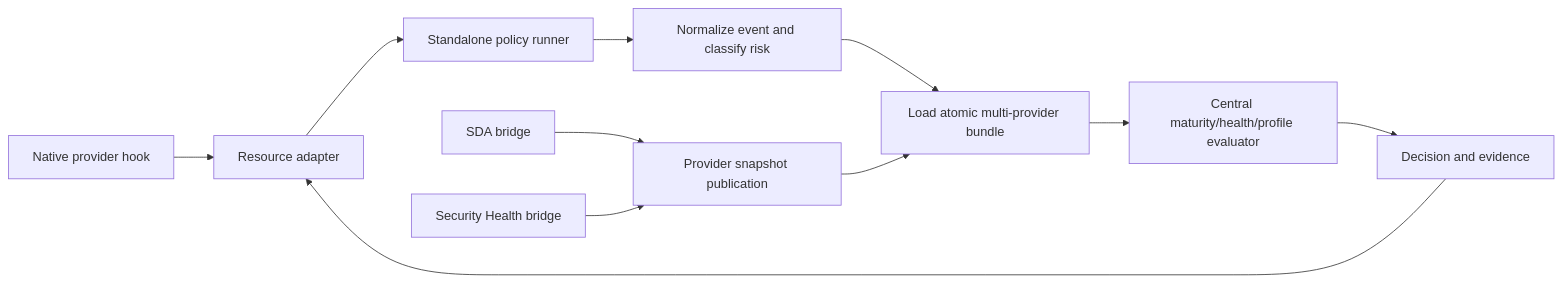
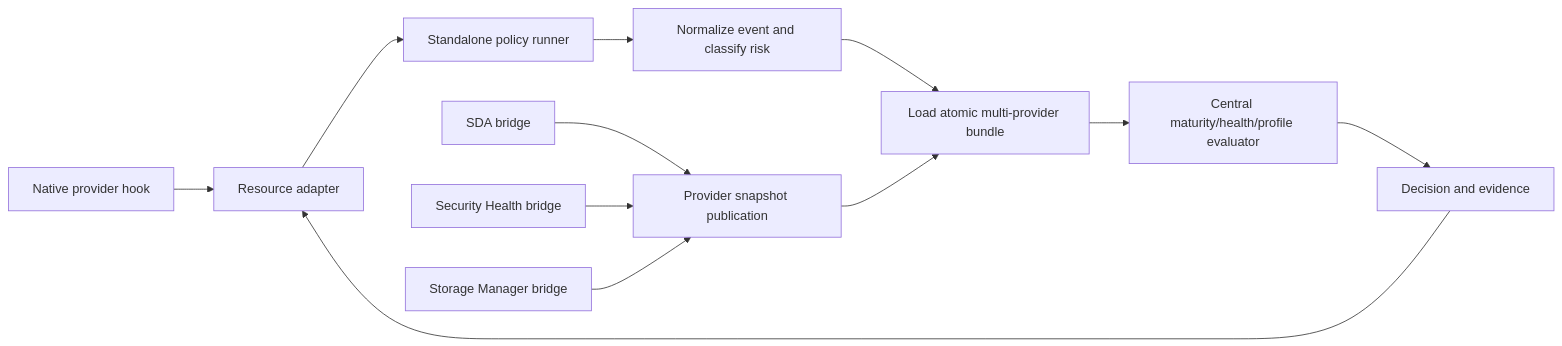
One commit to Vrooli/Vrooli changed the first of 2 diagrams in docs/architecture/agent-policy-runtime.md. Above: the diagram before and after it, drawn with Mermaid. The commit also changed other lines of this file and 84 other files, not shown here.

````diff
--- a/docs/architecture/agent-policy-runtime.md
+++ b/docs/architecture/agent-policy-runtime.md
@@ -38,13 +52,14 @@
 ```mermaid
 flowchart LR
   A[Native provider hook] --> B[Resource adapter]
   B --> C[Standalone policy runner]
   C --> D[Normalize event and classify risk]
   D --> E[Load atomic multi-provider bundle]
   E --> F[Central maturity/health/profile evaluator]
   F --> G[Decision and evidence]
   G --> B
   H[SDA bridge] --> I[Provider snapshot publication]
   J[Security Health bridge] --> I
+  K[Storage Manager bridge] --> I
   I --> E
 ```
````
